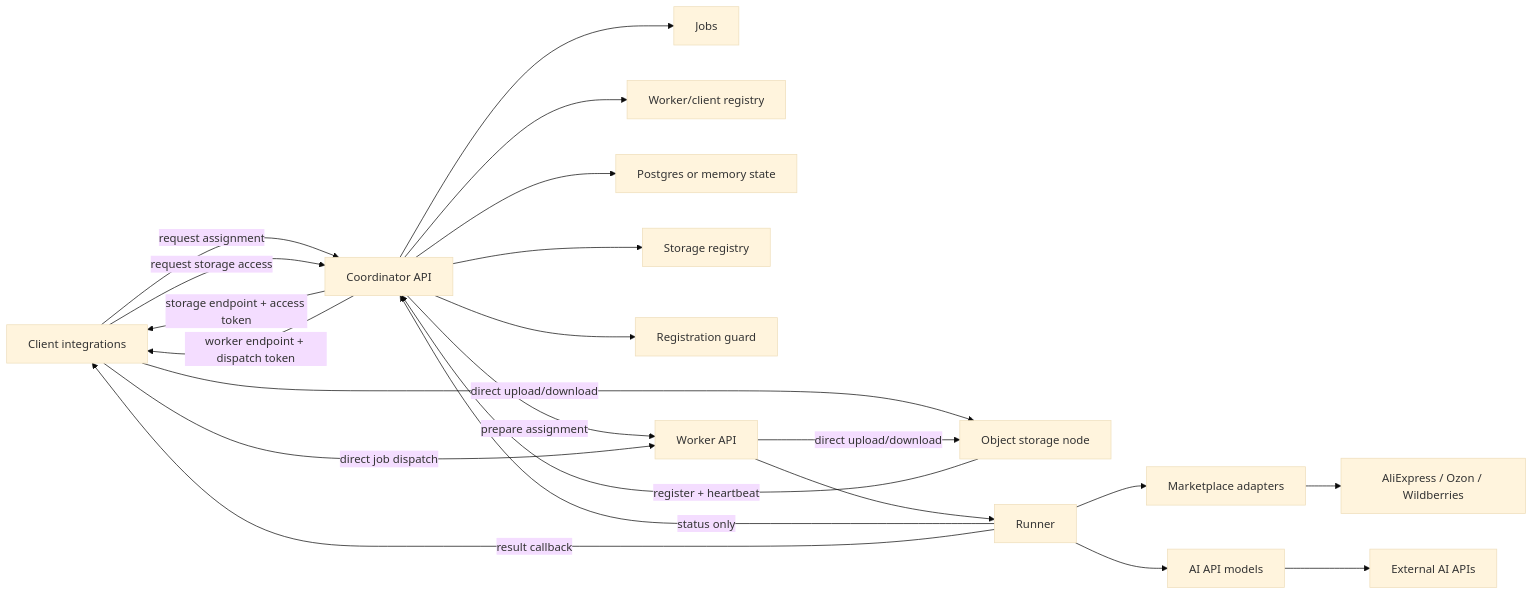
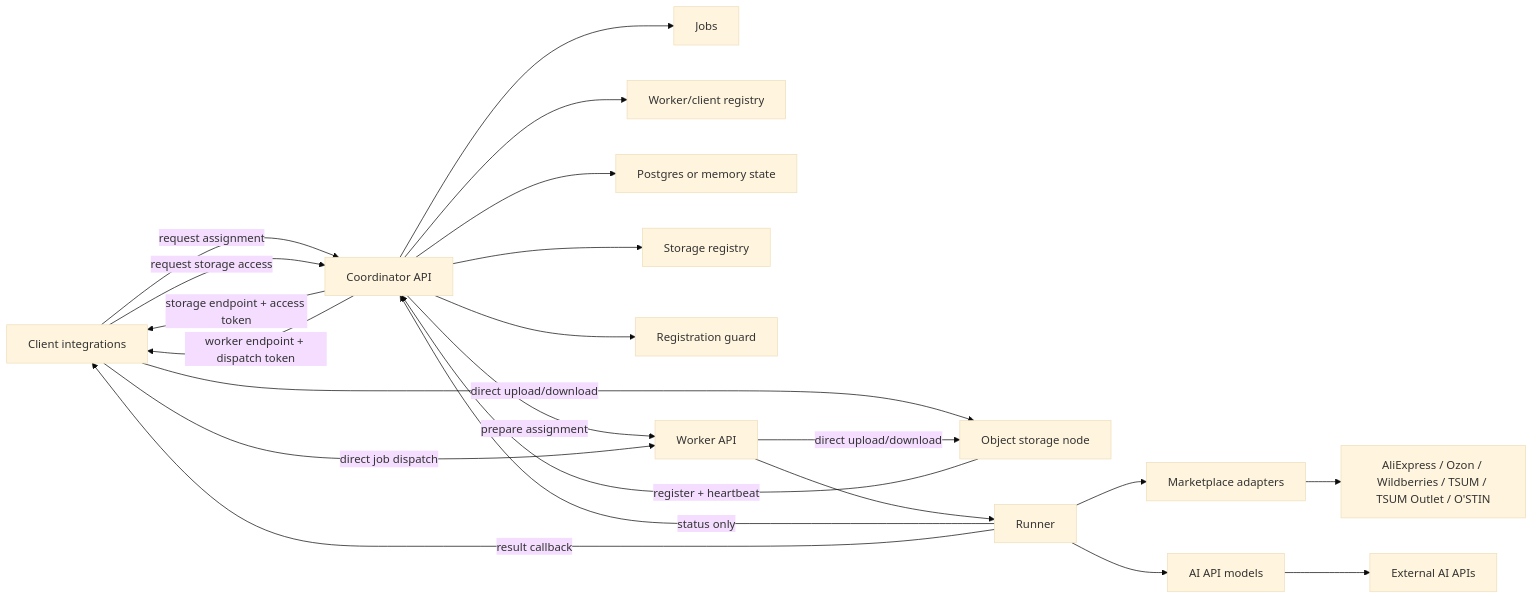
The diagram in README.md (dmitriishobolov/TryOnService), drawn with Mermaid (base theme) before and after one commit. The commit also changed other lines of this file and 19 other files, not shown here.

Commit message:
Add TSUM and O'STIN market parsers

````diff
--- a/README.md
+++ b/README.md
@@ -26,24 +26,24 @@
 ```mermaid
 flowchart LR
     Client["Client integrations"] -->|"request assignment"| CoordinatorAPI["Coordinator API"]
     CoordinatorAPI --> Jobs["Jobs"]
     CoordinatorAPI --> Registry["Worker/client registry"]
     CoordinatorAPI --> DB["Postgres or memory state"]
     CoordinatorAPI --> StorageRegistry["Storage registry"]
     CoordinatorAPI --> Security["Registration guard"]
     StorageNode["Object storage node"] -->|"register + heartbeat"| CoordinatorAPI
     Client -->|"request storage access"| CoordinatorAPI
     CoordinatorAPI -->|"storage endpoint + access token"| Client
     Client -->|"direct upload/download"| StorageNode
     WorkerAPI -->|"direct upload/download"| StorageNode
     CoordinatorAPI -->|"prepare assignment"| WorkerAPI
     CoordinatorAPI -->|"worker endpoint + dispatch token"| Client
     Client -->|"direct job dispatch"| WorkerAPI["Worker API"]
     WorkerAPI --> Runner["Runner"]
     Runner --> Market["Marketplace adapters"]
-    Market --> Marketplaces["AliExpress / Ozon / Wildberries"]
+    Market --> Marketplaces["AliExpress / Ozon / Wildberries / TSUM / TSUM Outlet / O'STIN"]
     Runner --> Models["AI API models"]
     Models --> AI["External AI APIs"]
     Runner -->|"status only"| CoordinatorAPI
     Runner -->|"result callback"| Client
 ```
````
